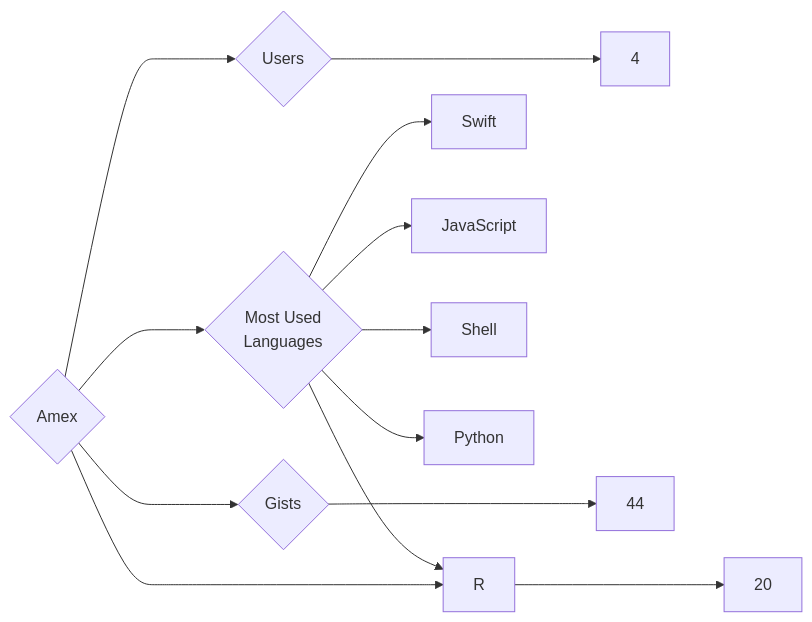
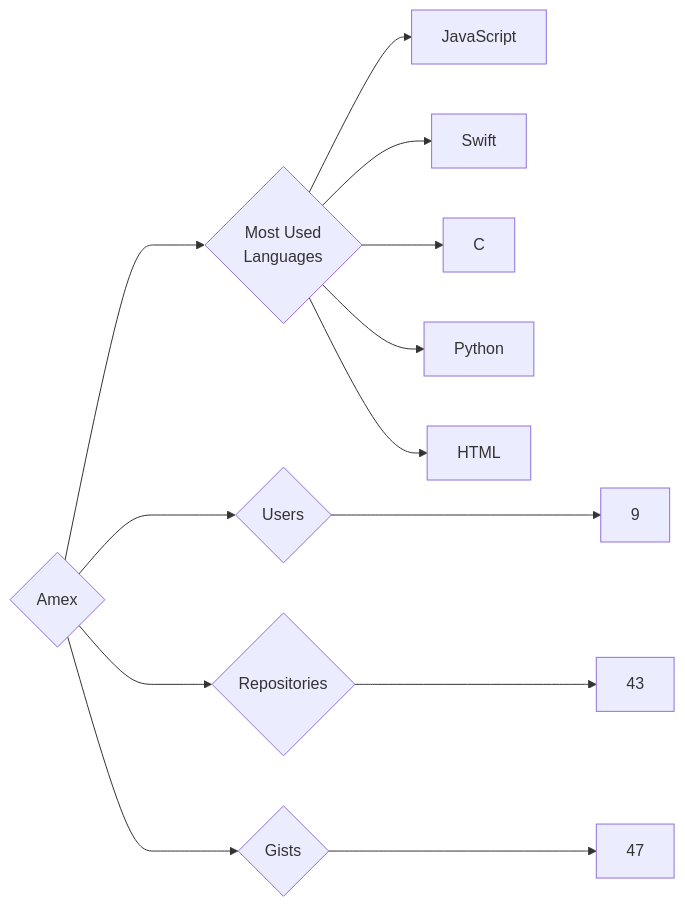
One commit to trickest/insiders changed the diagram in targets/Amex/README.md. Above: the diagram before and after it, drawn with Mermaid. The commit also changed 1175 other files, not shown here.

````diff
--- a/targets/Amex/README.md
+++ b/targets/Amex/README.md
@@ -3,13 +3,13 @@
 ```mermaid
 graph LR
 COMPANY_NAME{Amex}
-COMPANY_NAME ---> U{Users} ---> UN[4]
-COMPANY_NAME ---> R{Repositories} ---> RN[20]
-COMPANY_NAME ---> G{Gists} ---> GN[44]
+COMPANY_NAME ---> U{Users} ---> UN[9]
+COMPANY_NAME ---> R{Repositories} ---> RN[43]
+COMPANY_NAME ---> G{Gists} ---> GN[47]
 COMPANY_NAME ---> ML{Most Used<br>Languages}
+ML --> JavaScript[JavaScript]
 ML --> Swift[Swift]
-ML --> JavaScript[JavaScript]
-ML --> Shell[Shell]
-ML --> R[R]
+ML --> C[C]
 ML --> Python[Python]
+ML --> HTML[HTML]
 ```
````
